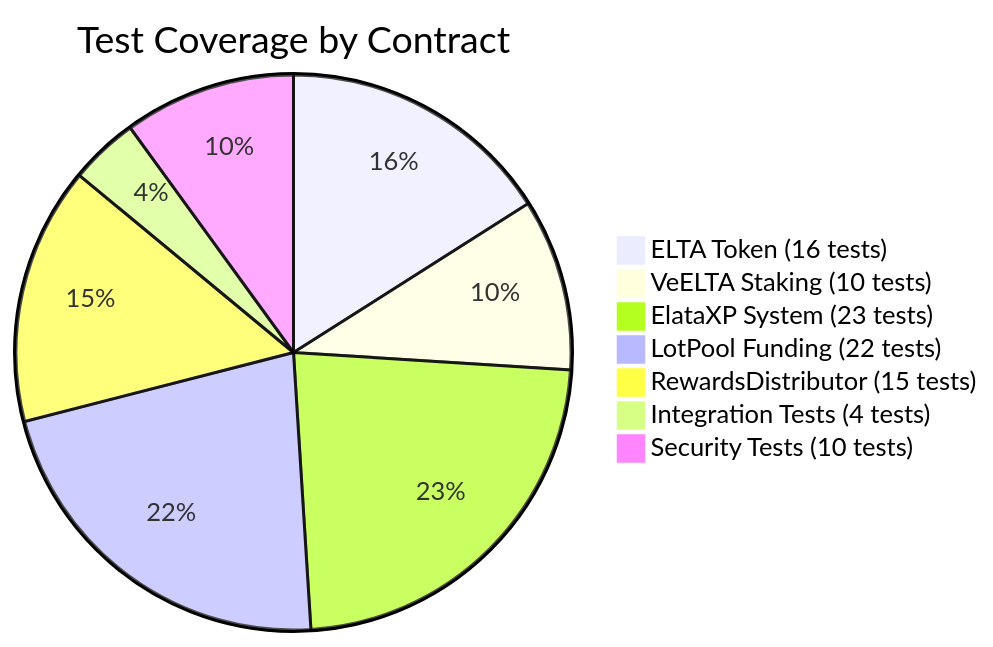
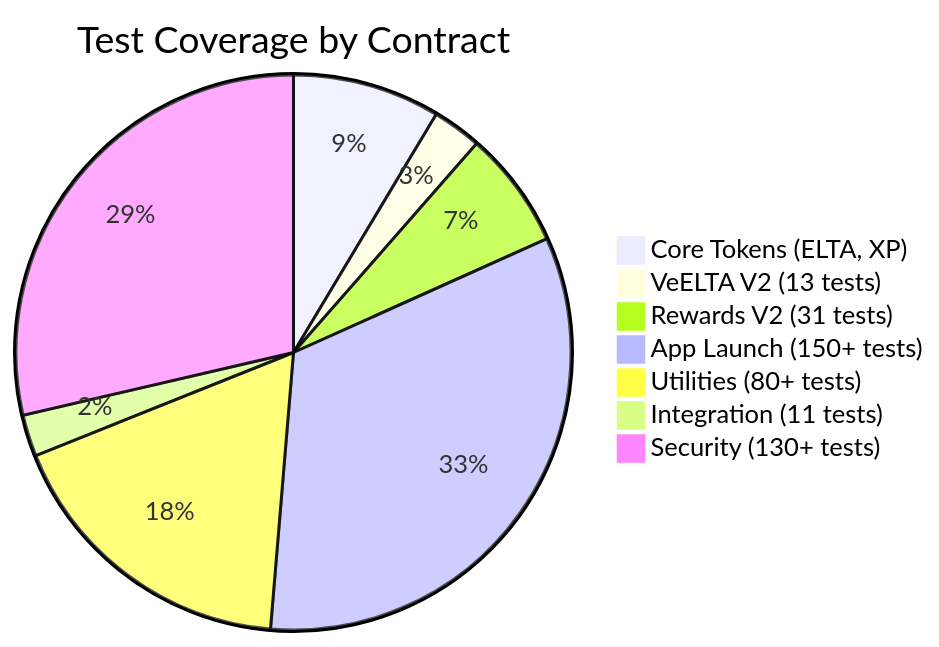
Before and after one commit to Elata-Biosciences/elata-protocol: the tenth of 10 diagrams in README.md, drawn with Mermaid. The commit also changed other lines of this file and 41 other files, not shown here.

````diff
--- a/README.md
+++ b/README.md
@@ -1131,10 +1153,10 @@
 ```mermaid
 pie title Test Coverage by Contract
-    "ELTA Token (16 tests)" : 16
-    "VeELTA Staking (10 tests)" : 10
-    "ElataXP System (23 tests)" : 23
-    "LotPool Funding (22 tests)" : 22
-    "RewardsDistributor (15 tests)" : 15
-    "Integration Tests (4 tests)" : 4
-    "Security Tests (10 tests)" : 10
+    "Core Tokens (ELTA, XP)" : 39
+    "VeELTA V2 (13 tests)" : 13
+    "Rewards V2 (31 tests)" : 31
+    "App Launch (150+ tests)" : 150
+    "Utilities (80+ tests)" : 80
+    "Integration (11 tests)" : 11
+    "Security (130+ tests)" : 130
 ```
````
